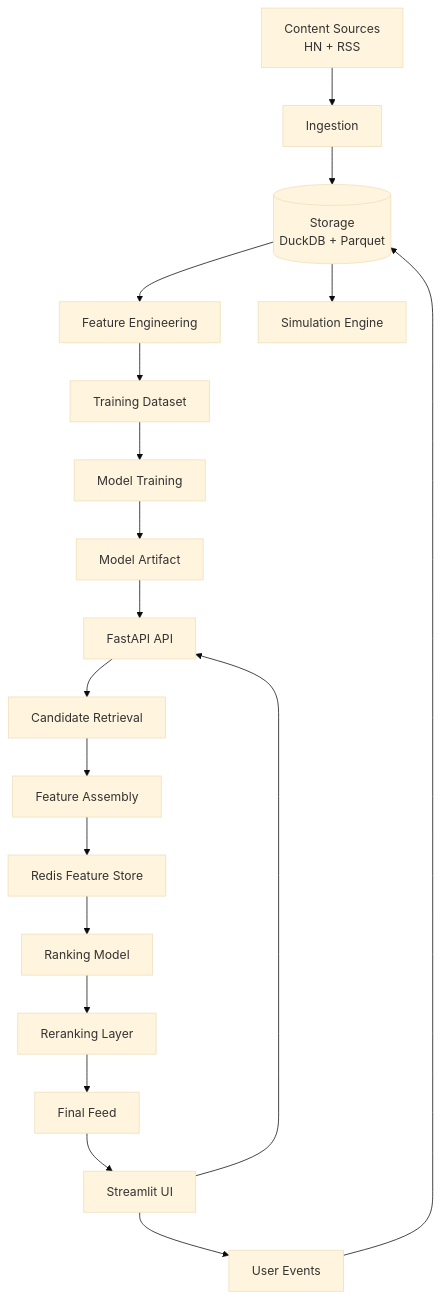
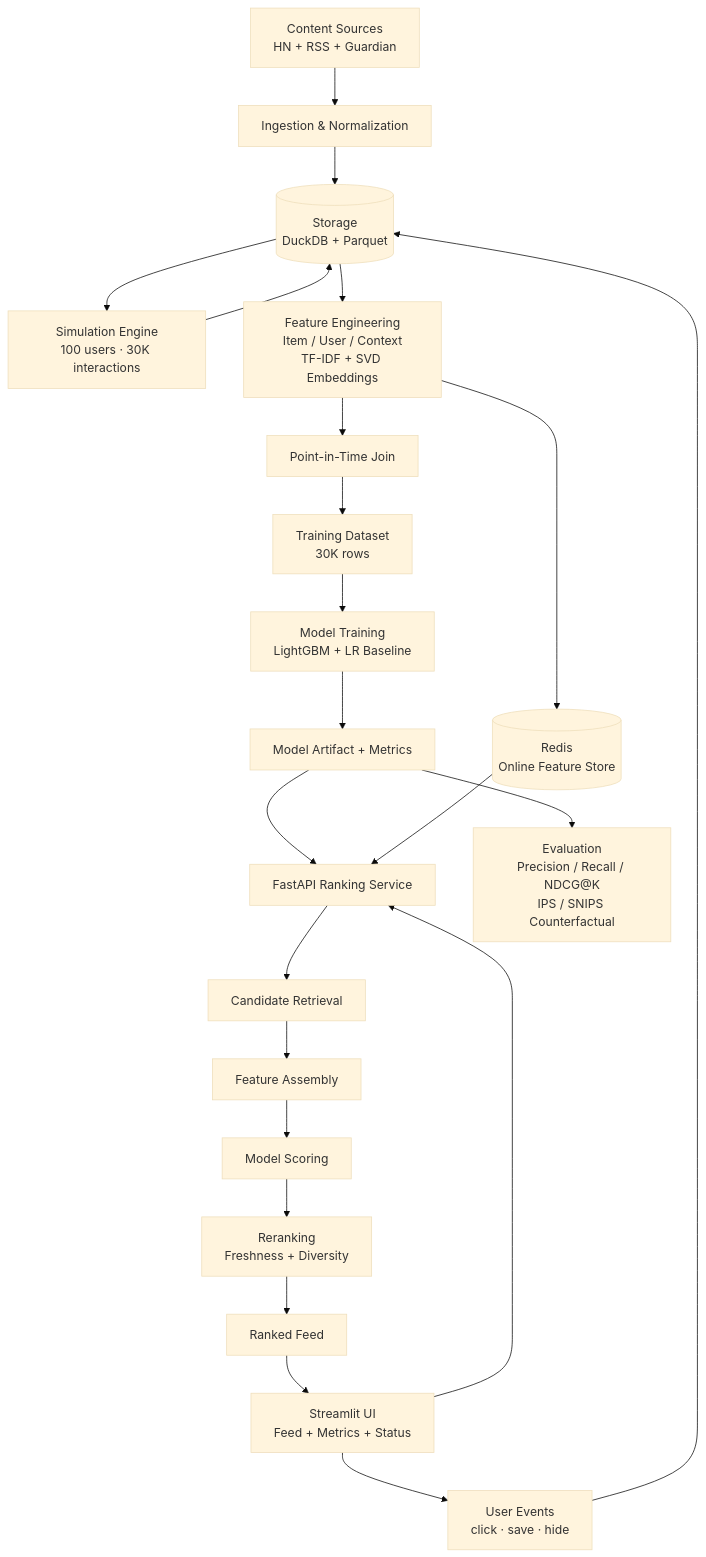
One commit to adhishnanda/news-feed-ranking-system changed the diagram in README.md. Above: the diagram before and after it, drawn with Mermaid (base theme). The commit also changed other lines of this file and 12 other files, not shown here.

`````diff
--- a/README.md
+++ b/README.md
@@ -58,53 +141,47 @@
 ```mermaid
 flowchart TD
 
-%% --------------------
-%% DATA LAYER
-%% --------------------
-A[Content Sources<br/>HN + RSS]
-B[Ingestion]
+%% DATA SOURCES
+A[Content Sources<br/>HN + RSS + Guardian]
+B[Ingestion & Normalization]
 C[(Storage<br/>DuckDB + Parquet)]
 
 A --> B --> C
 
-%% --------------------
-%% TRAINING PIPELINE
-%% --------------------
-D[Feature Engineering]
-E[Training Dataset]
-F[Model Training]
-G[Model Artifact]
+%% SIMULATION
+H[Simulation Engine<br/>100 users · 30K interactions]
+C --> H
+H --> C
 
-C --> D --> E --> F --> G
+%% FEATURE PIPELINE
+C --> D[Feature Engineering<br/>Item / User / Context<br/>TF-IDF + SVD Embeddings]
+D --> E[Point-in-Time Join]
+E --> F[Training Dataset<br/>30K rows]
+F --> G[Model Training<br/>LightGBM + LR Baseline]
+G --> GA[Model Artifact + Metrics]
 
-%% --------------------
-%% SIMULATION
-%% --------------------
-H[Simulation Engine]
-C --> H
+%% ONLINE FEATURE STORE
+D --> R[(Redis<br/>Online Feature Store)]
 
-%% --------------------
 %% SERVING PIPELINE
-%% --------------------
-I[FastAPI API]
+GA --> I[FastAPI Ranking Service]
+R --> I
 
-J[Candidate Retrieval]
-K[Feature Assembly]
-L[Redis Feature Store]
-M[Ranking Model]
-N[Reranking Layer]
-O[Final Feed]
+I --> J[Candidate Retrieval]
+J --> K[Feature Assembly]
+K --> L[Model Scoring]
+L --> N[Reranking<br/>Freshness + Diversity]
+N --> O[Ranked Feed]
 
-G --> I
-I --> J --> K --> L --> M --> N --> O
-
-%% --------------------
-%% UI + FEEDBACK LOOP
-%% --------------------
-P[Streamlit UI]
-Q[User Events]
-
+%% UI
+P[Streamlit UI<br/>Feed + Metrics + Status]
 P --> I
 O --> P
-P --> Q --> C
-````
+
+%% FEEDBACK LOOP
+P --> Q[User Events<br/>click · save · hide]
+Q --> C
+
+%% EVALUATION
+GA --> EV[Evaluation<br/>Precision / Recall / NDCG@K<br/>IPS / SNIPS Counterfactual]
+```
`````
